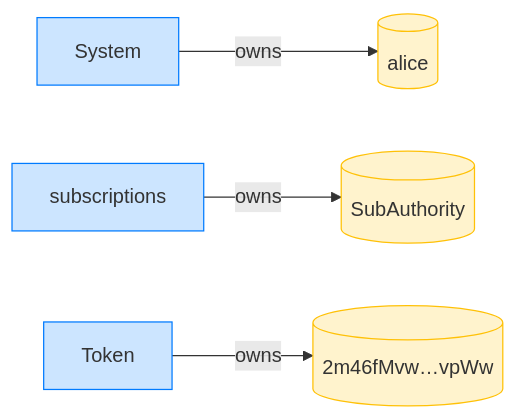
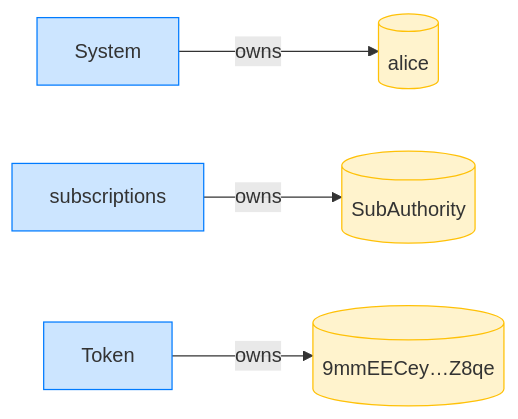
One commit to cds-rs/subscriptions changed the fourth of 16 diagrams in dsl_tests/sponsor-recovers-a-no-expiry-fixed-delegation-after-the-authority-is-closed.md. Above: the diagram before and after it, drawn with Mermaid. The commit also changed other lines of this file and 224 other files, not shown here.

````diff
--- a/dsl_tests/sponsor-recovers-a-no-expiry-fixed-delegation-after-the-authority-is-closed.md
+++ b/dsl_tests/sponsor-recovers-a-no-expiry-fixed-delegation-after-the-authority-is-closed.md
@@ -71,14 +76,14 @@
 ```mermaid
 flowchart LR
     classDef owner fill:#cce5ff,stroke:#007bff;
     classDef account fill:#fff3cd,stroke:#ffc107;
     System[System]:::owner
     alice[(alice)]:::account
     subscriptions[subscriptions]:::owner
     SubAuthority[(SubAuthority)]:::account
     Token[Token]:::owner
-    2m46fMvw_vpWw[("2m46fMvw…vpWw")]:::account
+    9mmEECey_Z8qe[("9mmEECey…Z8qe")]:::account
     System -->|owns| alice
     subscriptions -->|owns| SubAuthority
-    Token -->|owns| 2m46fMvw_vpWw
+    Token -->|owns| 9mmEECey_Z8qe
 ```
````
